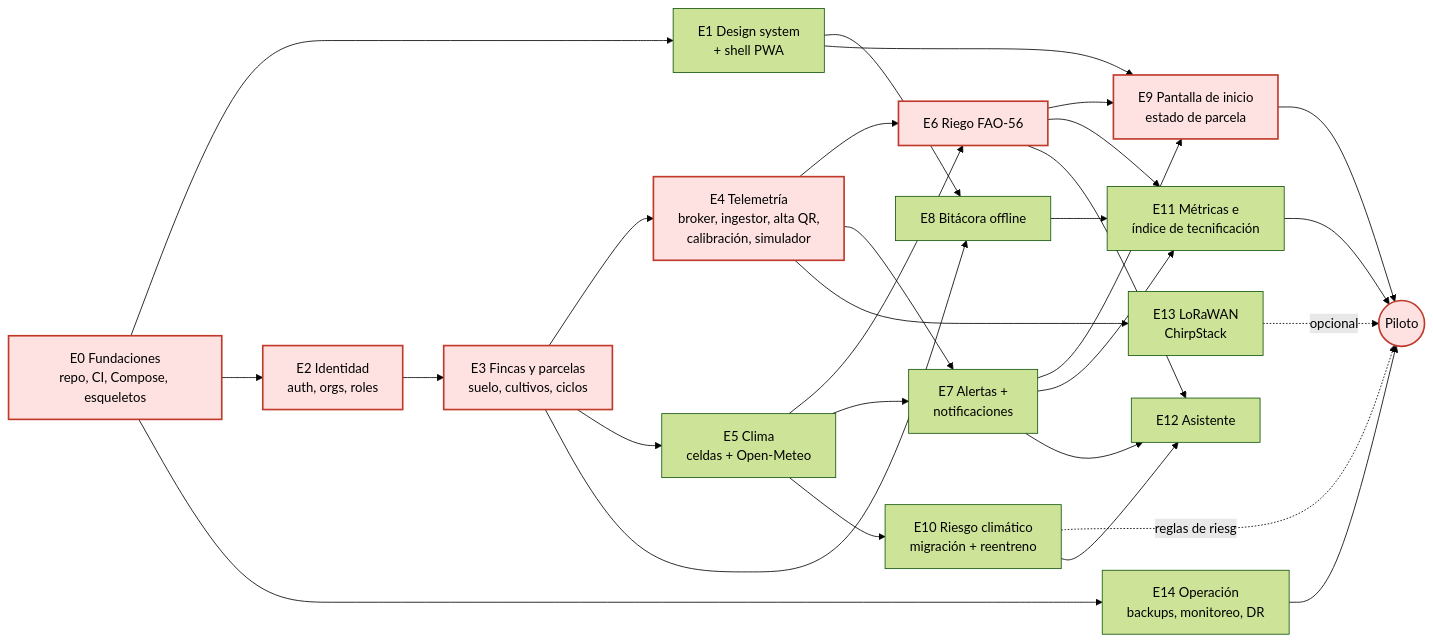
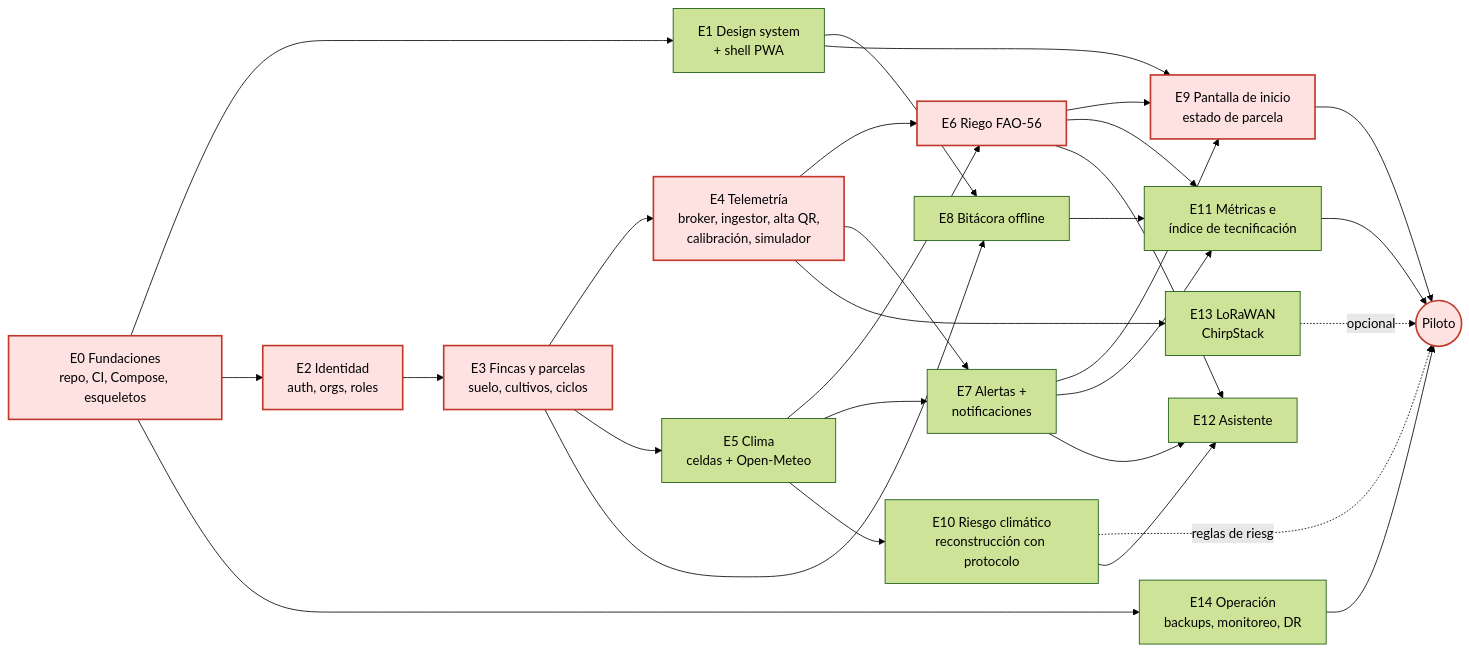
The first of 3 diagrams in docs/10-dag.md (jab16jy/techcamp-v2), drawn with Mermaid (forest theme) before and after one commit. The commit also changed other lines of this file and 11 other files, not shown here.

````diff
--- a/docs/10-dag.md
+++ b/docs/10-dag.md
@@ -9,44 +9,44 @@
 ```mermaid
 flowchart LR
   E0[E0 Fundaciones<br/>repo, CI, Compose, esqueletos]
   E1[E1 Design system<br/>+ shell PWA]
   E2[E2 Identidad<br/>auth, orgs, roles]
   E3[E3 Fincas y parcelas<br/>suelo, cultivos, ciclos]
   E4[E4 Telemetría<br/>broker, ingestor, alta QR,<br/>calibración, simulador]
   E5[E5 Clima<br/>celdas + Open-Meteo]
   E6[E6 Riego FAO-56]
   E7[E7 Alertas +<br/>notificaciones]
   E8[E8 Bitácora offline]
   E9[E9 Pantalla de inicio<br/>estado de parcela]
-  E10[E10 Riesgo climático<br/>migración + reentreno]
+  E10[E10 Riesgo climático<br/>reconstrucción con protocolo]
   E11[E11 Métricas e<br/>índice de tecnificación]
   E12[E12 Asistente]
   E13[E13 LoRaWAN<br/>ChirpStack]
   E14[E14 Operación<br/>backups, monitoreo, DR]
   E15((Piloto))
 
   E0 --> E1
   E0 --> E2 --> E3 --> E4 --> E6 --> E9 --> E15
   E0 --> E14 --> E15
   E3 --> E5
   E5 --> E6
   E4 --> E7
   E5 --> E7
   E7 --> E9
   E1 --> E8
   E3 --> E8
   E1 --> E9
   E5 --> E10
   E10 -.reglas de riesgo.-> E15
   E6 --> E11
   E7 --> E11
   E8 --> E11 --> E15
   E6 --> E12
   E7 --> E12
   E10 --> E12
   E4 --> E13
   E13 -.opcional.-> E15
 
   classDef critical fill:#fde2e1,stroke:#c0392b,stroke-width:2px,color:#000
   class E0,E2,E3,E4,E6,E9,E15 critical
 ```
````
